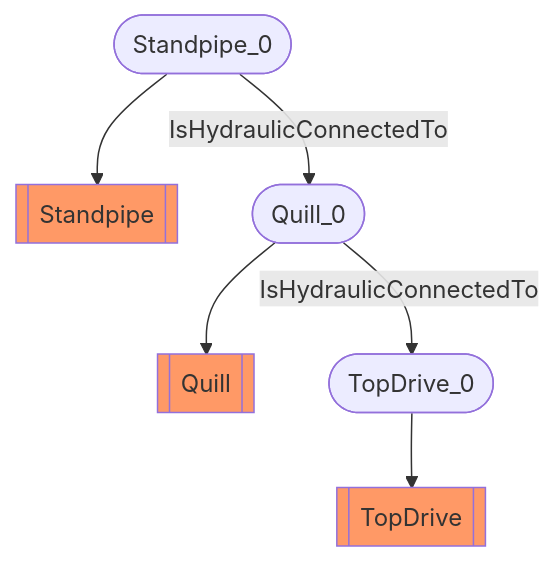
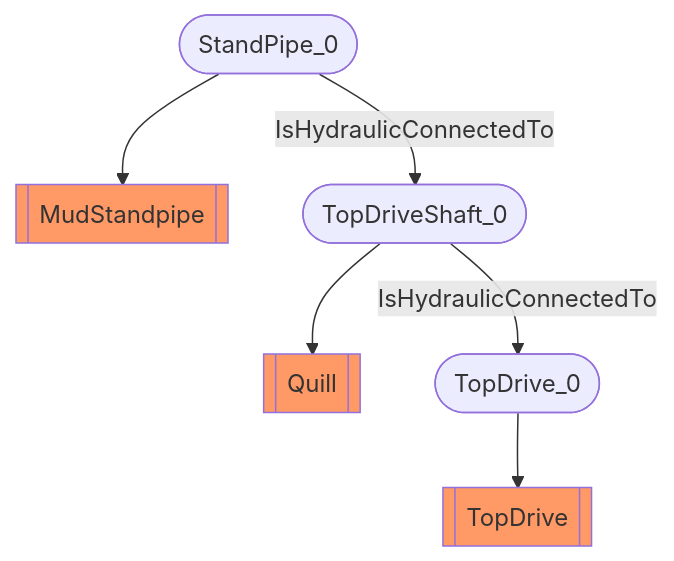
Before and after one commit to D-WIS/DDHub-Semantic-Interoperability: the diagram in docs/vocabulary_development/auto-generated/md/examples/Top-drive hydraulic circuit.md, drawn with Mermaid. The commit also changed other lines of this file and 36 other files, not shown here.

````diff
--- a/docs/vocabulary_development/auto-generated/md/examples/Top-drive hydraulic circuit.md
+++ b/docs/vocabulary_development/auto-generated/md/examples/Top-drive hydraulic circuit.md
@@ -7,10 +7,10 @@
 ```mermaid
 flowchart TD
 	 classDef typeClass fill:#f96;
 	 classDef classClass fill:#9dd0ff;
-	Standpipe_0([Standpipe_0]) --> Standpipe[[Standpipe]]:::typeClass
-	Quill_0([Quill_0]) --> Quill[[Quill]]:::typeClass
+	StandPipe_0([StandPipe_0]) --> MudStandpipe[[MudStandpipe]]:::typeClass
+	TopDriveShaft_0([TopDriveShaft_0]) --> Quill[[Quill]]:::typeClass
 	TopDrive_0([TopDrive_0]) --> TopDrive[[TopDrive]]:::typeClass
-	 Standpipe_0 -- IsHydraulicConnectedTo --> Quill_0 
-	 Quill_0 -- IsHydraulicConnectedTo --> TopDrive_0 
+	 StandPipe_0 -- IsHydraulicConnectedTo --> TopDriveShaft_0 
+	 TopDriveShaft_0 -- IsHydraulicConnectedTo --> TopDrive_0 
 ```
````
